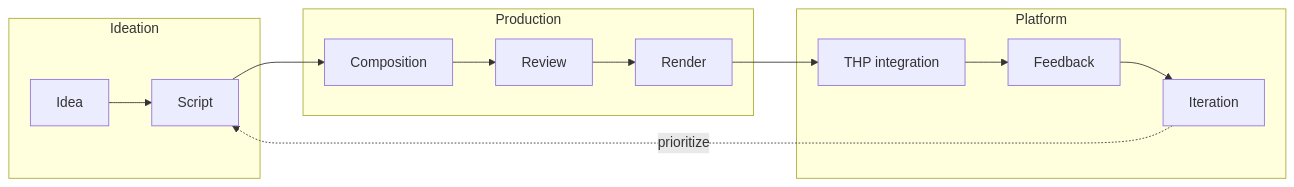
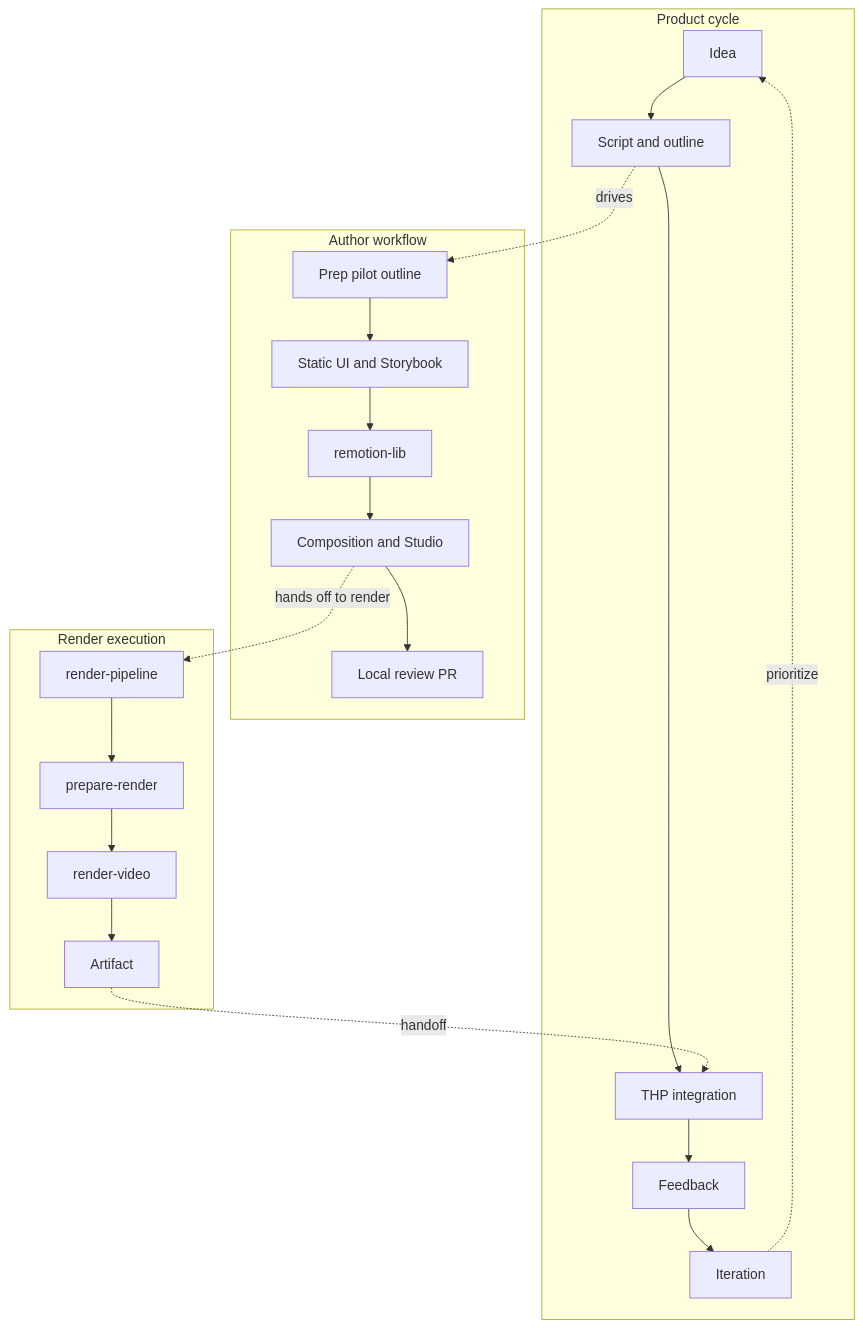
The diagram in reference/video-lifecycle.md (TheHackingProject/Video-KM), drawn with Mermaid before and after one commit. The commit also changed other lines of this file and 3 other files, not shown here.

First line of the commit message:
docs: update video AI roadmap, lifecycle documentation, and render fields inventory

````diff
--- a/reference/video-lifecycle.md
+++ b/reference/video-lifecycle.md
@@ -44,19 +49,41 @@
 ```mermaid
-flowchart LR
-  subgraph ideation [Ideation]
-    I1[Idea]
-    I2[Script]
+flowchart TB
+  subgraph productCycle [Product cycle]
+    prodIdea[Idea]
+    prodOutline["Script and outline"]
+    prodIntegrate["THP integration"]
+    prodFeedback[Feedback]
+    prodIterate[Iteration]
+    prodIdea --> prodOutline
+    prodOutline --> prodIntegrate
+    prodIntegrate --> prodFeedback
+    prodFeedback --> prodIterate
+    prodIterate -.->|prioritize| prodIdea
   end
-  subgraph production [Production]
-    P1[Composition]
-    P2[Review]
-    P3[Render]
+
+  subgraph authorFlow [Author workflow]
+    authPrep["Prep pilot outline"]
+    authStatic["Static UI and Storybook"]
+    authLib[remotion-lib]
+    authComp["Composition and Studio"]
+    authReview["Local review PR"]
+    authPrep --> authStatic
+    authStatic --> authLib
+    authLib --> authComp
+    authComp --> authReview
   end
-  subgraph platform [Platform]
-    T1[THP integration]
-    T2[Feedback]
-    T3[Iteration]
+
+  subgraph execFlow [Render execution]
+    execRP[render-pipeline]
+    execP[prepare-render]
+    execR[render-video]
+    execArt[Artifact]
+    execRP --> execP
+    execP --> execR
+    execR --> execArt
   end
-  I1 --> I2 --> P1 --> P2 --> P3 --> T1 --> T2 --> T3
-  T3 -.->|"prioritize"| I2
+
+  prodOutline -.->|drives| authPrep
+  authComp -.->|hands off to render| execRP
+  execArt -.->|handoff| prodIntegrate
 ```
````
